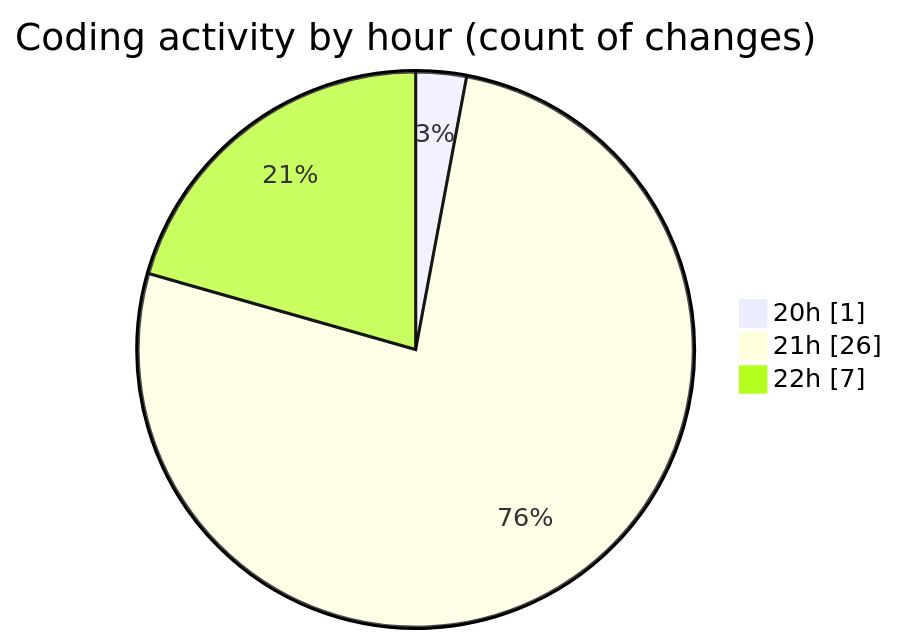
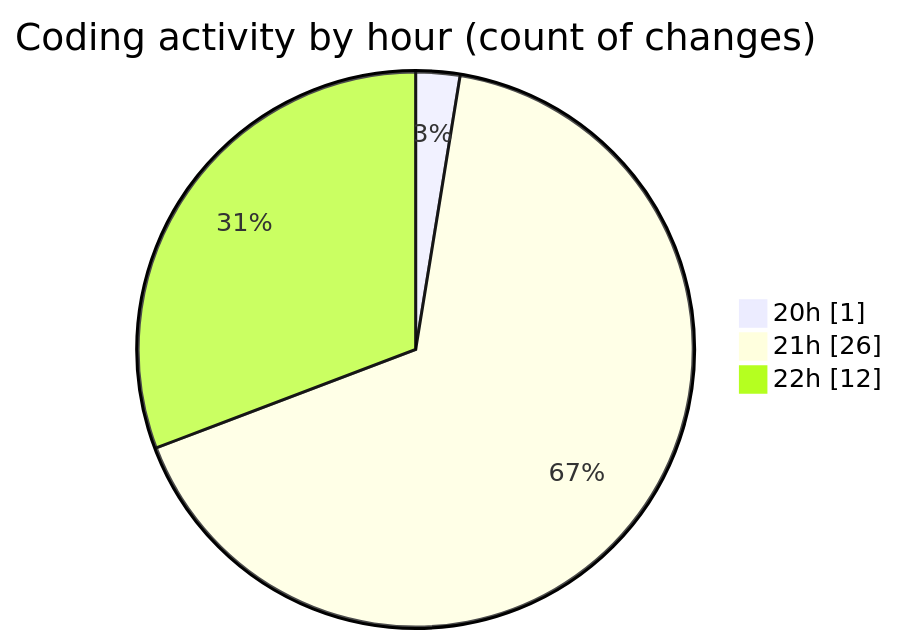
The second of 2 diagrams in 2025-02-15/0starter_files/README.md (Ritupan-Deka/code-tracking), drawn with Mermaid before and after one commit. The commit also changed other lines of this file and 1 other file, not shown here.

````diff
--- a/2025-02-15/0starter_files/README.md
+++ b/2025-02-15/0starter_files/README.md
@@ -28,7 +28,7 @@
 ```mermaid
 pie showData
 title Coding activity by hour (count of changes)
 "20h" : 1
 "21h" : 26
-"22h" : 7
+"22h" : 12
 ```
````
